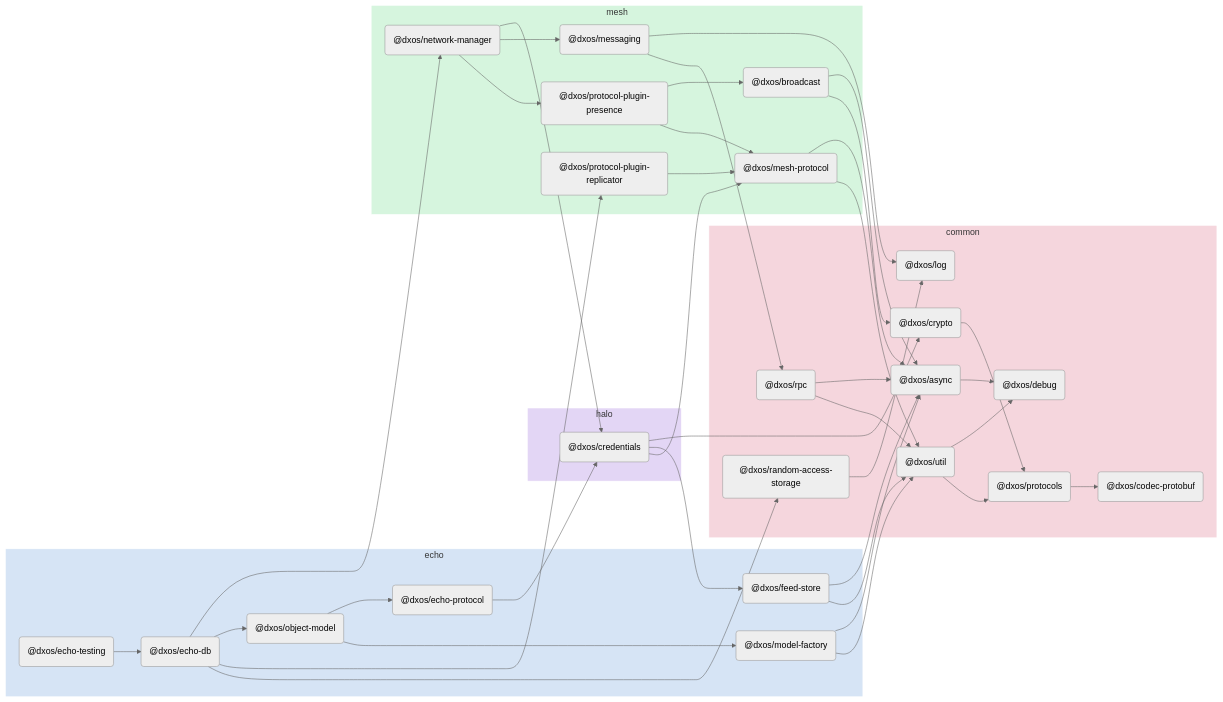
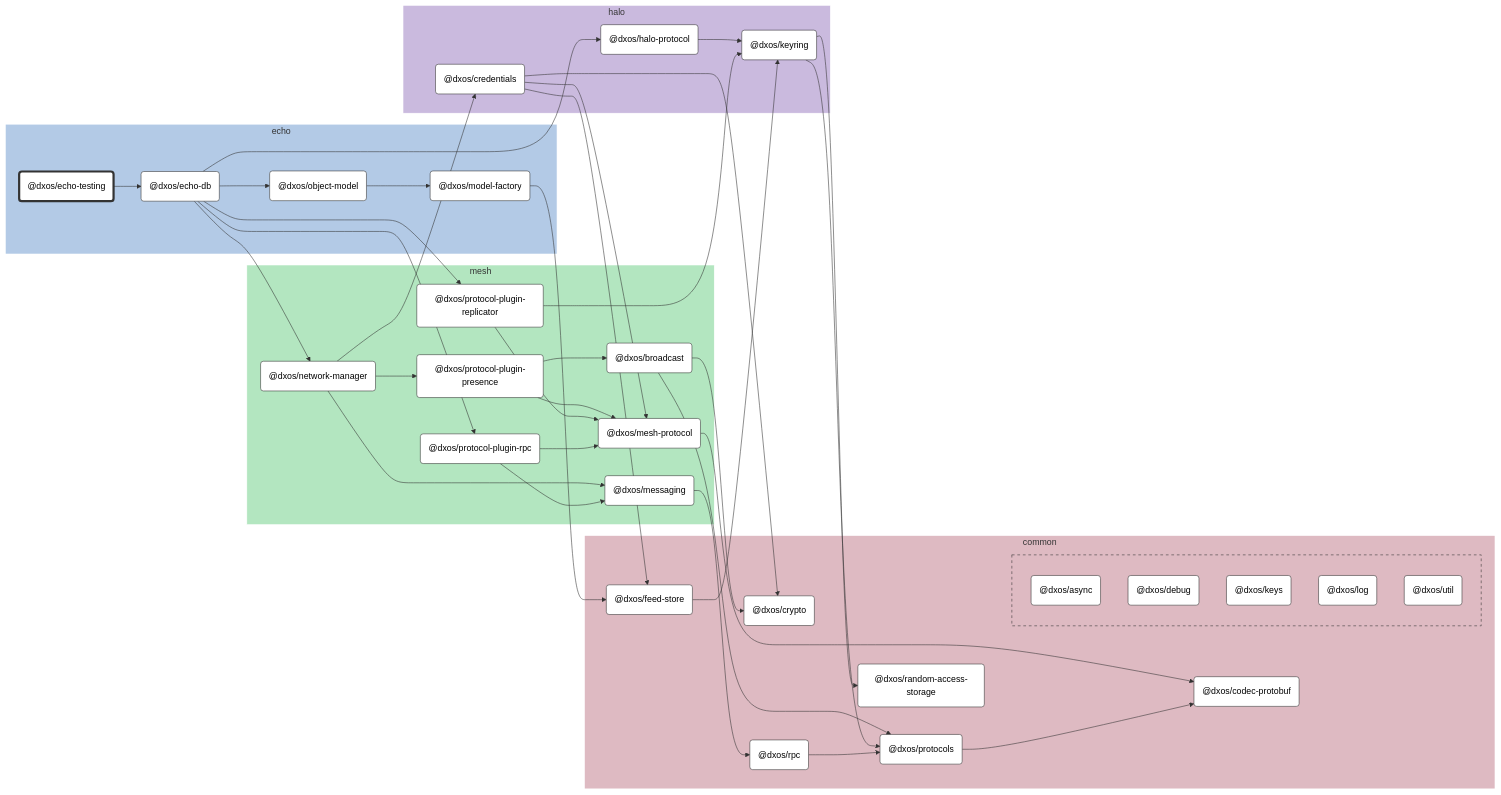
The diagram in packages/echo/echo-testing/docs/README.md (dxos/dxos), drawn with Mermaid (neutral theme) before and after one commit. The commit also changed other lines of this file and 89 other files, not shown here.

````diff
--- a/packages/echo/echo-testing/docs/README.md
+++ b/packages/echo/echo-testing/docs/README.md
@@ -5,77 +7,147 @@
 ```mermaid
-flowchart LR;
+%%{ init: {'flowchart':{'curve':'basis'}} }%%
 
+flowchart LR
+
+%% Links
+dxos/broadcast --> dxos/crypto;
+dxos/broadcast --> dxos/protocols;
+dxos/credentials --> dxos/crypto;
+dxos/credentials --> dxos/feed-store;
+dxos/credentials --> dxos/mesh-protocol;
+dxos/echo-db --> dxos/halo-protocol;
+dxos/echo-db --> dxos/network-manager;
+dxos/echo-db --> dxos/object-model;
+dxos/echo-db --> dxos/protocol-plugin-replicator;
+dxos/echo-db --> dxos/protocol-plugin-rpc;
+dxos/echo-testing --> dxos/echo-db;
+dxos/feed-store --> dxos/keyring;
+dxos/halo-protocol --> dxos/keyring;
+dxos/keyring --> dxos/protocols;
+dxos/keyring --> dxos/random-access-storage;
+dxos/mesh-protocol --> dxos/codec-protobuf;
+dxos/messaging --> dxos/rpc;
+dxos/model-factory --> dxos/feed-store;
+dxos/network-manager --> dxos/credentials;
+dxos/network-manager --> dxos/messaging;
+dxos/network-manager --> dxos/protocol-plugin-presence;
+dxos/object-model --> dxos/model-factory;
+dxos/protocol-plugin-presence --> dxos/broadcast;
+dxos/protocol-plugin-presence --> dxos/mesh-protocol;
+dxos/protocol-plugin-replicator --> dxos/keyring;
+dxos/protocol-plugin-replicator --> dxos/mesh-protocol;
+dxos/protocol-plugin-rpc --> dxos/mesh-protocol;
+dxos/protocol-plugin-rpc --> dxos/messaging;
+dxos/protocols --> dxos/codec-protobuf;
+dxos/rpc --> dxos/protocols;
+
+%% Sections
 subgraph echo
-  style echo fill:#d6e4f5,stroke:#fff;
-  dxos/echo-testing("@dxos/echo-testing");
-  dxos/echo-db("@dxos/echo-db");
-  dxos/feed-store("@dxos/feed-store");
-  dxos/echo-protocol("@dxos/echo-protocol");
-  dxos/model-factory("@dxos/model-factory");
-  dxos/object-model("@dxos/object-model");
+  style echo fill:#b3cae6,stroke:#fff;
+
+  dxos/echo-db("@dxos/echo-db")
+  dxos/echo-testing("@dxos/echo-testing")
+  dxos/model-factory("@dxos/model-factory")
+  dxos/object-model("@dxos/object-model")
 end
 
 subgraph common
-  style common fill:#f5d6dd,stroke:#fff;
-  dxos/log("@dxos/log");
-  dxos/async("@dxos/async");
-  dxos/debug("@dxos/debug");
-  dxos/codec-protobuf("@dxos/codec-protobuf");
-  dxos/crypto("@dxos/crypto");
-  dxos/protocols("@dxos/protocols");
-  dxos/util("@dxos/util");
-  dxos/rpc("@dxos/rpc");
-  dxos/random-access-storage("@dxos/random-access-storage");
+  style common fill:#debac2,stroke:#fff;
+
+  dxos/codec-protobuf("@dxos/codec-protobuf")
+  dxos/crypto("@dxos/crypto")
+  dxos/feed-store("@dxos/feed-store")
+  dxos/protocols("@dxos/protocols")
+  dxos/random-access-storage("@dxos/random-access-storage")
+  dxos/rpc("@dxos/rpc")
+
+  subgraph common-excluded [ ]
+    style common-excluded fill:#debac2,stroke:#333,stroke-dasharray:5 5;
+
+    dxos/async("@dxos/async")
+    dxos/debug("@dxos/debug")
+    dxos/keys("@dxos/keys")
+    dxos/log("@dxos/log")
+    dxos/util("@dxos/util")
+  end
 end
 
 subgraph halo
-  style halo fill:#e3d6f5,stroke:#fff;
-  dxos/credentials("@dxos/credentials");
+  style halo fill:#cabade,stroke:#fff;
+
+  dxos/credentials("@dxos/credentials")
+  dxos/halo-protocol("@dxos/halo-protocol")
+  dxos/keyring("@dxos/keyring")
 end
 
 subgraph mesh
-  style mesh fill:#d6f5de,stroke:#fff;
-  dxos/mesh-protocol("@dxos/mesh-protocol");
-  dxos/messaging("@dxos/messaging");
-  dxos/network-manager("@dxos/network-manager");
-  dxos/protocol-plugin-presence("@dxos/protocol-plugin-presence");
-  dxos/broadcast("@dxos/broadcast");
-  dxos/protocol-plugin-replicator("@dxos/protocol-plugin-replicator");
+  style mesh fill:#b3e6c0,stroke:#fff;
+
+  dxos/broadcast("@dxos/broadcast")
+  dxos/mesh-protocol("@dxos/mesh-protocol")
+  dxos/messaging("@dxos/messaging")
+  dxos/network-manager("@dxos/network-manager")
+  dxos/protocol-plugin-presence("@dxos/protocol-plugin-presence")
+  dxos/protocol-plugin-replicator("@dxos/protocol-plugin-replicator")
+  dxos/protocol-plugin-rpc("@dxos/protocol-plugin-rpc")
 end
 
-dxos/echo-testing --> dxos/echo-db;
-dxos/async --> dxos/debug;
-dxos/credentials --> dxos/crypto;
-dxos/crypto --> dxos/protocols;
-dxos/protocols --> dxos/codec-protobuf;
-dxos/credentials --> dxos/feed-store;
-dxos/feed-store --> dxos/async;
-dxos/feed-store --> dxos/util;
-dxos/util --> dxos/debug;
-dxos/util --> dxos/protocols;
-dxos/credentials --> dxos/mesh-protocol;
-dxos/mesh-protocol --> dxos/async;
-dxos/mesh-protocol --> dxos/util;
-dxos/echo-protocol --> dxos/credentials;
-dxos/messaging --> dxos/log;
-dxos/messaging --> dxos/rpc;
-dxos/rpc --> dxos/async;
-dxos/rpc --> dxos/util;
-dxos/model-factory --> dxos/async;
-dxos/model-factory --> dxos/util;
-dxos/echo-db --> dxos/network-manager;
-dxos/network-manager --> dxos/credentials;
-dxos/network-manager --> dxos/messaging;
-dxos/network-manager --> dxos/protocol-plugin-presence;
-dxos/protocol-plugin-presence --> dxos/broadcast;
-dxos/broadcast --> dxos/async;
-dxos/broadcast --> dxos/crypto;
-dxos/protocol-plugin-presence --> dxos/mesh-protocol;
-dxos/echo-db --> dxos/object-model;
-dxos/object-model --> dxos/echo-protocol;
-dxos/object-model --> dxos/model-factory;
-dxos/echo-db --> dxos/protocol-plugin-replicator;
-dxos/protocol-plugin-replicator --> dxos/mesh-protocol;
-dxos/echo-db --> dxos/random-access-storage;
-dxos/random-access-storage --> dxos/log;
+
+%% Hyperlinks
+click dxos/async "dxos/dxos/tree/main/packages/common/async/docs";
+click dxos/broadcast "dxos/dxos/tree/main/packages/mesh/broadcast/docs";
+click dxos/codec-protobuf "dxos/dxos/tree/main/packages/common/codec-protobuf/docs";
+click dxos/credentials "dxos/dxos/tree/main/packages/halo/credentials/docs";
+click dxos/crypto "dxos/dxos/tree/main/packages/common/crypto/docs";
+click dxos/debug "dxos/dxos/tree/main/packages/common/debug/docs";
+click dxos/echo-db "dxos/dxos/tree/main/packages/echo/echo-db/docs";
+click dxos/feed-store "dxos/dxos/tree/main/packages/common/feed-store/docs";
+click dxos/halo-protocol "dxos/dxos/tree/main/packages/halo/halo-protocol/docs";
+click dxos/keyring "dxos/dxos/tree/main/packages/halo/keyring/docs";
+click dxos/keys "dxos/dxos/tree/main/packages/common/keys/docs";
+click dxos/log "dxos/dxos/tree/main/packages/common/log/docs";
+click dxos/mesh-protocol "dxos/dxos/tree/main/packages/mesh/mesh-protocol/docs";
+click dxos/messaging "dxos/dxos/tree/main/packages/mesh/messaging/docs";
+click dxos/model-factory "dxos/dxos/tree/main/packages/echo/model-factory/docs";
+click dxos/network-manager "dxos/dxos/tree/main/packages/mesh/network-manager/docs";
+click dxos/object-model "dxos/dxos/tree/main/packages/echo/object-model/docs";
+click dxos/protocol-plugin-presence "dxos/dxos/tree/main/packages/mesh/protocol-plugin-presence/docs";
+click dxos/protocol-plugin-replicator "dxos/dxos/tree/main/packages/mesh/protocol-plugin-replicator/docs";
+click dxos/protocol-plugin-rpc "dxos/dxos/tree/main/packages/mesh/protocol-plugin-rpc/docs";
+click dxos/protocols "dxos/dxos/tree/main/packages/common/protocols/docs";
+click dxos/random-access-storage "dxos/dxos/tree/main/packages/common/random-access-storage/docs";
+click dxos/rpc "dxos/dxos/tree/main/packages/common/rpc/docs";
+click dxos/util "dxos/dxos/tree/main/packages/common/util/docs";
+
+%% Styles
+classDef rootNode fill:#fff,stroke:#333,stroke-width:4px
+classDef defaultNode fill:#fff,stroke:#333,stroke-width:1px
+linkStyle default stroke:#333,stroke-width:1px
+
+dxos/echo-testing:::rootNode
+
+dxos/async:::defaultNode
+dxos/broadcast:::defaultNode
+dxos/codec-protobuf:::defaultNode
+dxos/credentials:::defaultNode
+dxos/crypto:::defaultNode
+dxos/debug:::defaultNode
+dxos/echo-db:::defaultNode
+dxos/feed-store:::defaultNode
+dxos/halo-protocol:::defaultNode
+dxos/keyring:::defaultNode
+dxos/keys:::defaultNode
+dxos/log:::defaultNode
+dxos/mesh-protocol:::defaultNode
+dxos/messaging:::defaultNode
+dxos/model-factory:::defaultNode
+dxos/network-manager:::defaultNode
+dxos/object-model:::defaultNode
+dxos/protocol-plugin-presence:::defaultNode
+dxos/protocol-plugin-replicator:::defaultNode
+dxos/protocol-plugin-rpc:::defaultNode
+dxos/protocols:::defaultNode
+dxos/random-access-storage:::defaultNode
+dxos/rpc:::defaultNode
+dxos/util:::defaultNode
 ```
````
